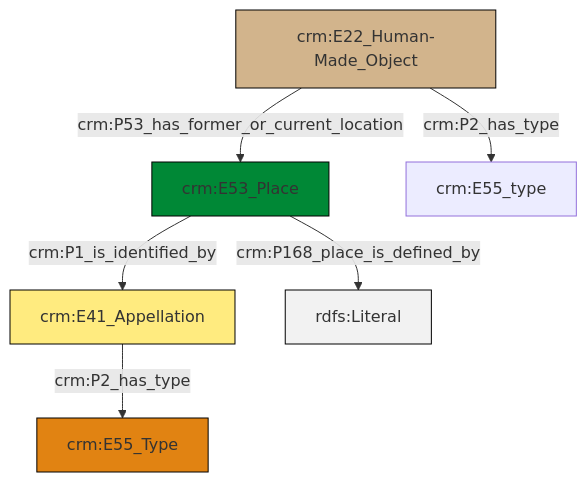
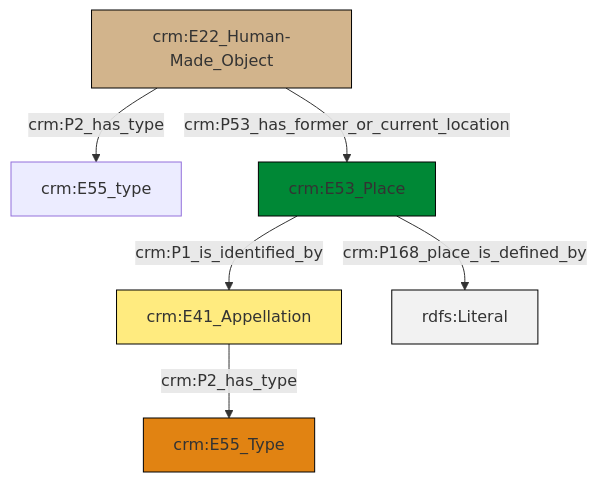
Before and after one commit to swiss-art-research-net/docs.swissartresearch: the diagram in et/builtWorkCSV/ttl/mmd/Built_Work_location.ttl.mmd, drawn with Mermaid. The commit also changed 204 other files, not shown here.

```diff
--- a/et/builtWorkCSV/ttl/mmd/Built_Work_location.ttl.mmd
+++ b/et/builtWorkCSV/ttl/mmd/Built_Work_location.ttl.mmd
@@ -1,20 +1,20 @@
 graph TD
 classDef Literal fill:#f2f2f2,stroke:#000000;
 classDef CRM_Entity fill:#FFFFFF,stroke:#000000;
 classDef Temporal_Entity fill:#00C9E6, stroke:#000000;
 classDef Type fill:#E18312, stroke:#000000;
 classDef Time-Span fill:#2C9C91, stroke:#000000;
 classDef Appellation fill:#FFEB7F, stroke:#000000;
 classDef Place fill:#008836, stroke:#000000;
 classDef Persistent_Item fill:#B266B2, stroke:#000000;
 classDef Conceptual_Object fill:#FFD700, stroke:#000000;
 classDef Physical_Thing fill:#D2B48C, stroke:#000000;
 classDef Actor fill:#f58aad, stroke:#000000;
 classDef PC_Classes fill:#4ce600, stroke:#000000;
 classDef Multi fill:#cccccc,stroke:#000000;
 
-0["crm:E41_Appellation"]:::Appellation -->|crm:P2_has_type| 1["crm:E55_Type"]:::Type
-3["crm:E22_Human-Made_Object"]:::Physical_Thing -->|crm:P53_has_former_or_current_location| 5["crm:E53_Place"]:::Place
-3["crm:E22_Human-Made_Object"]:::Physical_Thing -->|crm:P2_has_type| 6["crm:E55_type"]:::Default
-5["crm:E53_Place"]:::Place -->|crm:P1_is_identified_by| 0["crm:E41_Appellation"]:::Appellation
-5["crm:E53_Place"]:::Place -->|crm:P168_place_is_defined_by| 11[rdfs:Literal]:::Literal
+7["crm:E53_Place"]:::Place -->|crm:P1_is_identified_by| 2["crm:E41_Appellation"]:::Appellation
+2["crm:E41_Appellation"]:::Appellation -->|crm:P2_has_type| 0["crm:E55_Type"]:::Type
+8["crm:E22_Human-Made_Object"]:::Physical_Thing -->|crm:P2_has_type| 5["crm:E55_type"]:::Default
+7["crm:E53_Place"]:::Place -->|crm:P168_place_is_defined_by| 11[rdfs:Literal]:::Literal
+8["crm:E22_Human-Made_Object"]:::Physical_Thing -->|crm:P53_has_former_or_current_location| 7["crm:E53_Place"]:::Place
```
